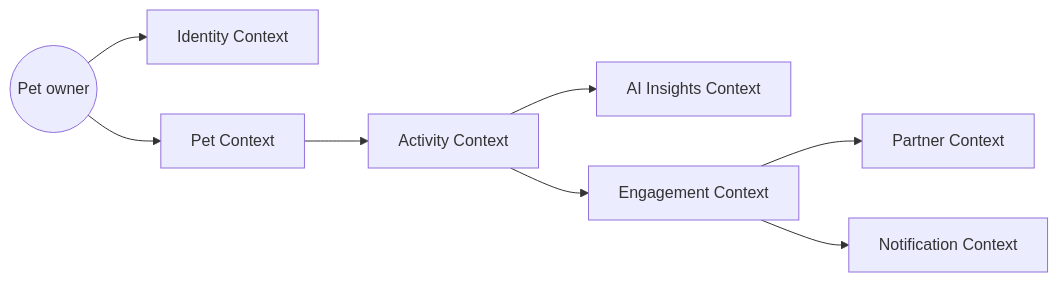
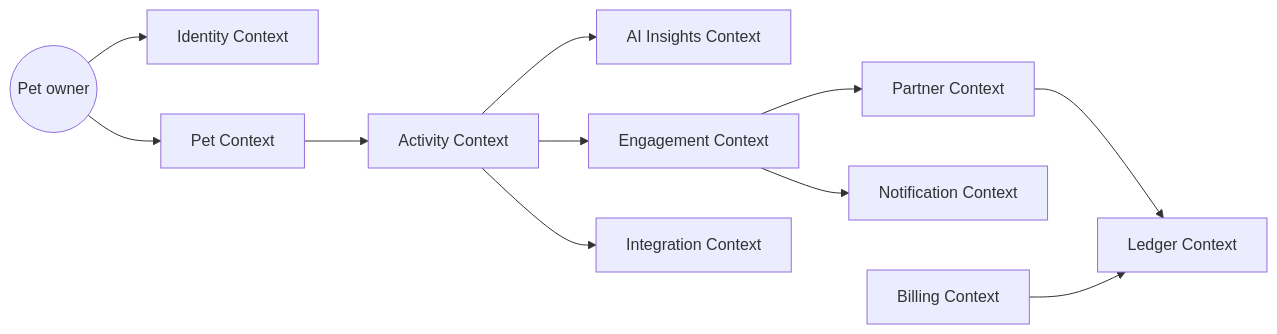
The first of 10 diagrams in docs/design/domain-model.md (i3focus/paw-motion-ai), drawn with Mermaid before and after one commit. The commit also changed other lines of this file and 21 other files, not shown here.

Commit message:
Document CR-2026-11: partner credits ledger, discovery, live tracking, Strava

````diff
--- a/docs/design/domain-model.md
+++ b/docs/design/domain-model.md
@@ -7,10 +7,13 @@
 ```mermaid
 flowchart LR
     Owner((Pet owner)) --> Identity[Identity Context]
     Owner --> Pet[Pet Context]
     Pet --> Activity[Activity Context]
     Activity --> AI[AI Insights Context]
     Activity --> Engagement[Engagement Context]
     Engagement --> Partner[Partner Context]
     Engagement --> Notification[Notification Context]
+    Partner --> Ledger[Ledger Context]
+    Billing[Billing Context] --> Ledger
+    Activity --> Integration[Integration Context]
 ```
````
